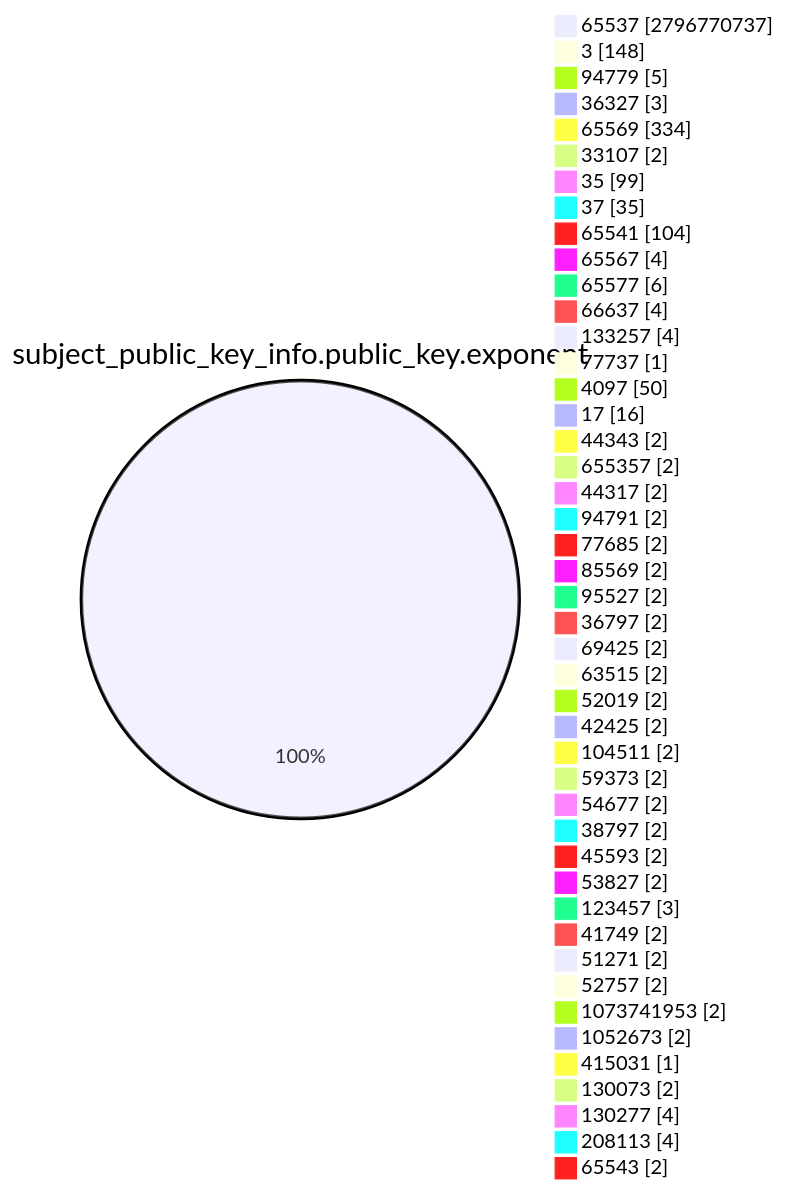
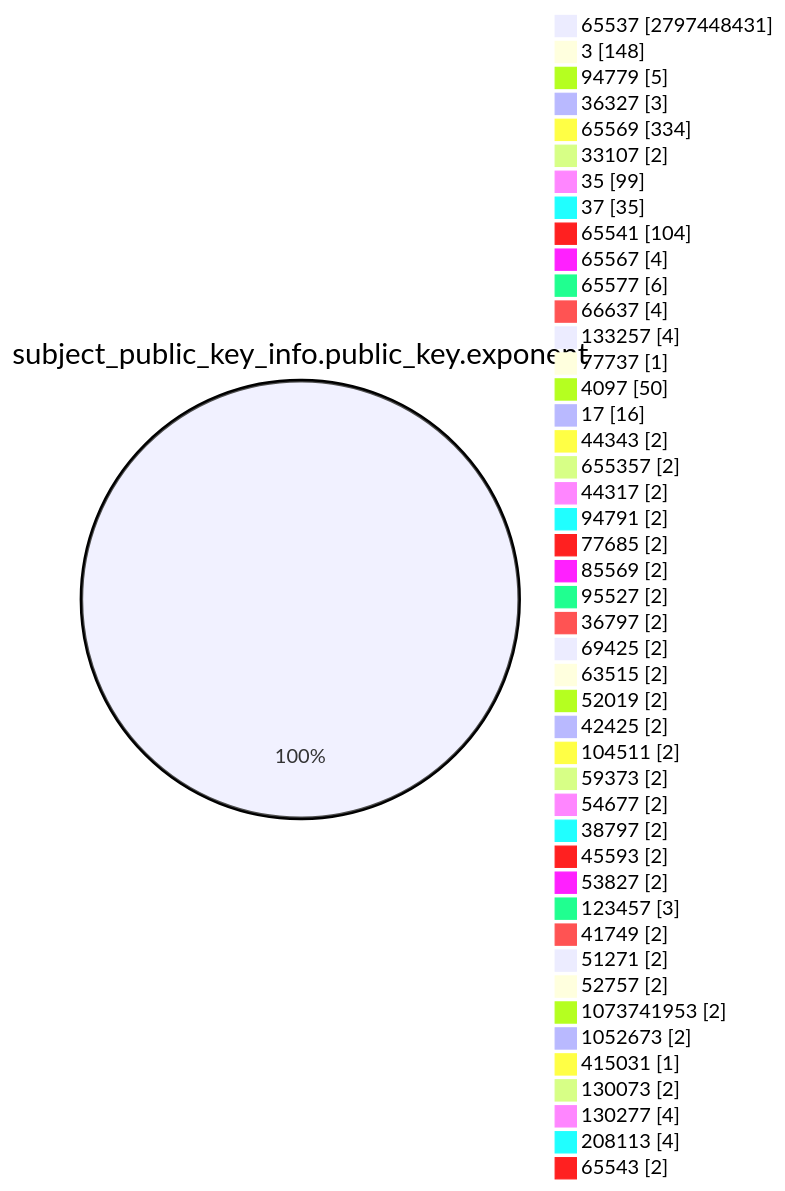
The fourth of 15 diagrams in TOTAL/README.md (christiankrug/ctmonitor_visualization), drawn with Mermaid before and after one commit. The commit also changed other lines of this file, not shown here.

````diff
--- a/TOTAL/README.md
+++ b/TOTAL/README.md
@@ -1467,49 +1467,49 @@
 ```mermaid
 pie showData
 title subject_public_key_info.public_key.exponent
-"65537" :2796770737
+"65537" :2797448431
 "3" :148
 "94779" :5
 "36327" :3
 "65569" :334
 "33107" :2
 "35" :99
 "37" :35
 "65541" :104
 "65567" :4
 "65577" :6
 "66637" :4
 "133257" :4
 "77737" :1
 "4097" :50
 "17" :16
 "44343" :2
 "655357" :2
 "44317" :2
 "94791" :2
 "77685" :2
 "85569" :2
 "95527" :2
 "36797" :2
 "69425" :2
 "63515" :2
 "52019" :2
 "42425" :2
 "104511" :2
 "59373" :2
 "54677" :2
 "38797" :2
 "45593" :2
 "53827" :2
 "123457" :3
 "41749" :2
 "51271" :2
 "52757" :2
 "1073741953" :2
 "1052673" :2
 "415031" :1
 "130073" :2
 "130277" :4
 "208113" :4
 "65543" :2
 ```
````
